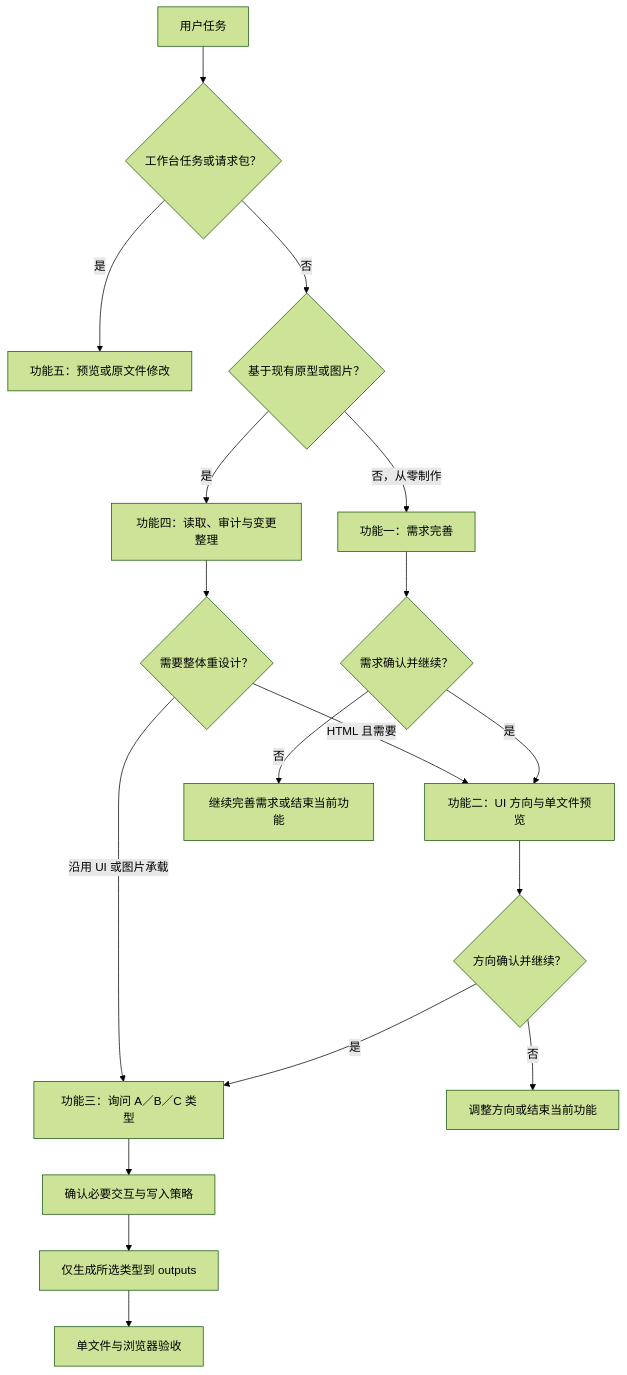
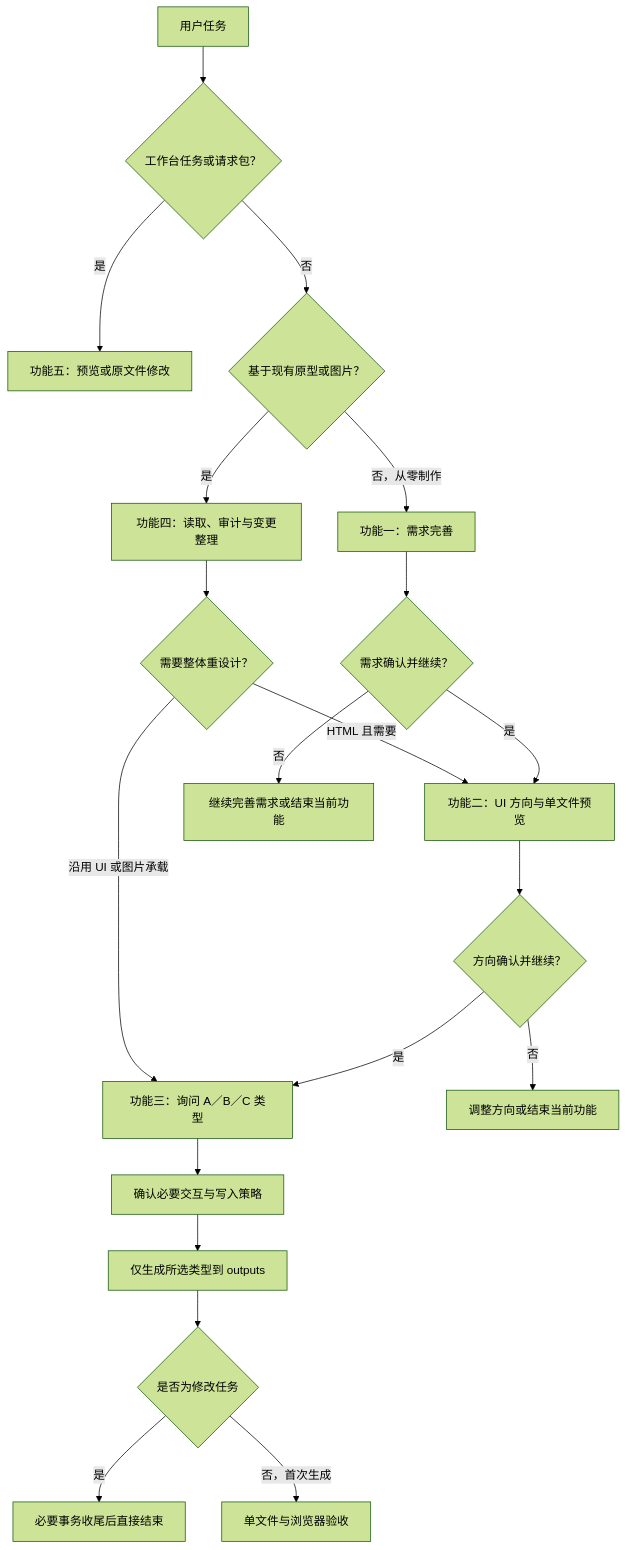
One commit to Ycet/ycet-prototype-create changed the diagram in skill-outputs/ycet-prototype-create/SKILL.md. Above: the diagram before and after it, drawn with Mermaid (forest theme). The commit also changed other lines of this file and 42 other files, not shown here.

````diff
--- a/skill-outputs/ycet-prototype-create/SKILL.md
+++ b/skill-outputs/ycet-prototype-create/SKILL.md
@@ -17,20 +17,22 @@
 ```mermaid
 flowchart TD
     S[用户任务] --> W{工作台任务或请求包？}
     W -->|是| F5[功能五：预览或原文件修改]
     W -->|否| E{基于现有原型或图片？}
     E -->|是| F4[功能四：读取、审计与变更整理]
     E -->|否，从零制作| F1[功能一：需求完善]
     F1 --> C1{需求确认并继续？}
     C1 -->|是| F2[功能二：UI 方向与单文件预览]
     C1 -->|否| R1[继续完善需求或结束当前功能]
     F2 --> C2{方向确认并继续？}
     C2 -->|是| F3[功能三：询问 A／B／C 类型]
     C2 -->|否| R2[调整方向或结束当前功能]
     F4 --> U{需要整体重设计？}
     U -->|HTML 且需要| F2
     U -->|沿用 UI 或图片承载| F3
     F3 --> P[确认必要交互与写入策略]
     P --> G[仅生成所选类型到 outputs]
-    G --> V[单文件与浏览器验收]
+    G --> M{是否为修改任务}
+    M -->|是| END[必要事务收尾后直接结束]
+    M -->|否，首次生成| V[单文件与浏览器验收]
 ```
````
